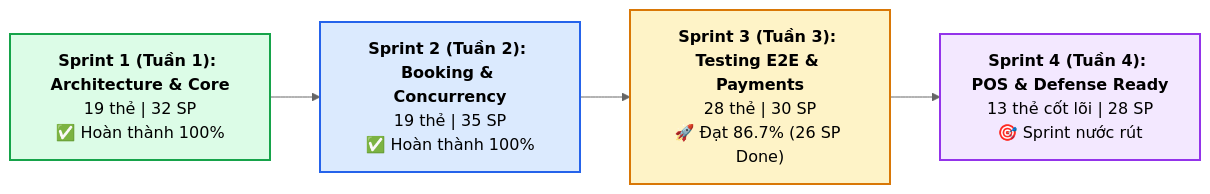
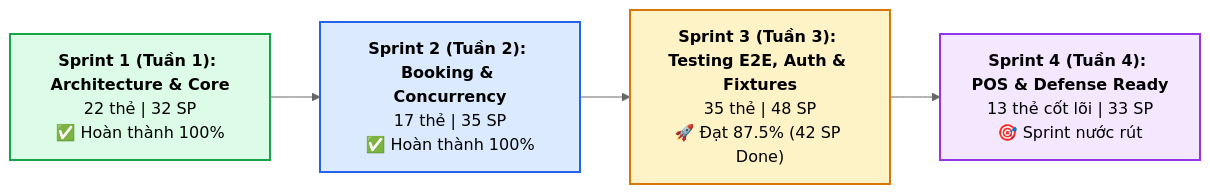
One commit to phamcongthanhvn2k6/traveleasy-platform changed the first of 2 diagrams in docs/04-agile-and-sprints/KE_HOACH_XU_LY_LAM_PHAT_STORY_POINTS_TOAN_DU_AN.md. Above: the diagram before and after it, drawn with Mermaid (neutral theme). The commit also changed other lines of this file and 5 other files, not shown here.

````diff
--- a/docs/04-agile-and-sprints/KE_HOACH_XU_LY_LAM_PHAT_STORY_POINTS_TOAN_DU_AN.md
+++ b/docs/04-agile-and-sprints/KE_HOACH_XU_LY_LAM_PHAT_STORY_POINTS_TOAN_DU_AN.md
@@ -39,11 +39,11 @@
 ```mermaid
 graph LR
-    S1["<b>Sprint 1 (Tuần 1): Architecture & Core</b><br>19 thẻ | 32 SP<br>✅ Hoàn thành 100%"] --> S2["<b>Sprint 2 (Tuần 2): Booking & Concurrency</b><br>19 thẻ | 35 SP<br>✅ Hoàn thành 100%"]
-    S2 --> S3["<b>Sprint 3 (Tuần 3): Testing E2E & Payments</b><br>28 thẻ | 30 SP<br>🚀 Đạt 86.7% (26 SP Done)"]
-    S3 --> S4["<b>Sprint 4 (Tuần 4): POS & Defense Ready</b><br>13 thẻ cốt lõi | 28 SP<br>🎯 Sprint nước rút"]
+    S1["<b>Sprint 1 (Tuần 1): Architecture & Core</b><br>22 thẻ | 32 SP<br>✅ Hoàn thành 100%"] --> S2["<b>Sprint 2 (Tuần 2): Booking & Concurrency</b><br>17 thẻ | 35 SP<br>✅ Hoàn thành 100%"]
+    S2 --> S3["<b>Sprint 3 (Tuần 3): Testing E2E, Auth & Fixtures</b><br>35 thẻ | 48 SP<br>🚀 Đạt 87.5% (42 SP Done)"]
+    S3 --> S4["<b>Sprint 4 (Tuần 4): POS & Defense Ready</b><br>13 thẻ cốt lõi | 33 SP<br>🎯 Sprint nước rút"]
     
     style S1 fill:#dcfce7,stroke:#16a34a,stroke-width:2px;
     style S2 fill:#dbeafe,stroke:#2563eb,stroke-width:2px;
     style S3 fill:#fef3c7,stroke:#d97706,stroke-width:2px;
     style S4 fill:#f3e8ff,stroke:#9333ea,stroke-width:2px;
 ```
````
